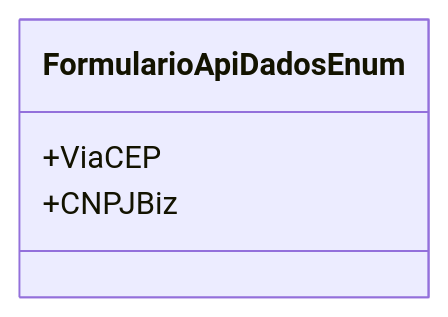
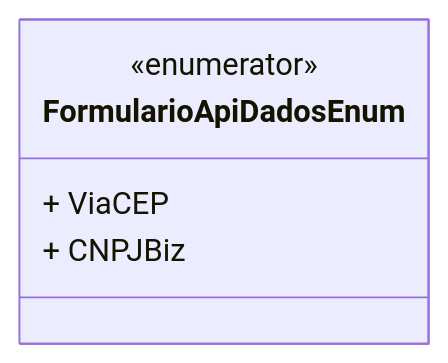
One commit to IsthmusSistemas/documentacao-tecnica changed the diagram in docs/b2b-dominio/IsthmusWinthor.Nucleo/IsthmusWinthor.Dominio/Enumeradores/FormularioApiDadosEnum.md. Above: the diagram before and after it, drawn with Mermaid. The commit also changed other lines of this file and 882 other files, not shown here.

````diff
--- a/docs/b2b-dominio/IsthmusWinthor.Nucleo/IsthmusWinthor.Dominio/Enumeradores/FormularioApiDadosEnum.md
+++ b/docs/b2b-dominio/IsthmusWinthor.Nucleo/IsthmusWinthor.Dominio/Enumeradores/FormularioApiDadosEnum.md
@@ -12,7 +12,8 @@
 ```mermaid
 classDiagram
     class FormularioApiDadosEnum {
-        +ViaCEP
-        +CNPJBiz
+        <<enumerator>>
+        + ViaCEP
+        + CNPJBiz
     }
 ```
````
